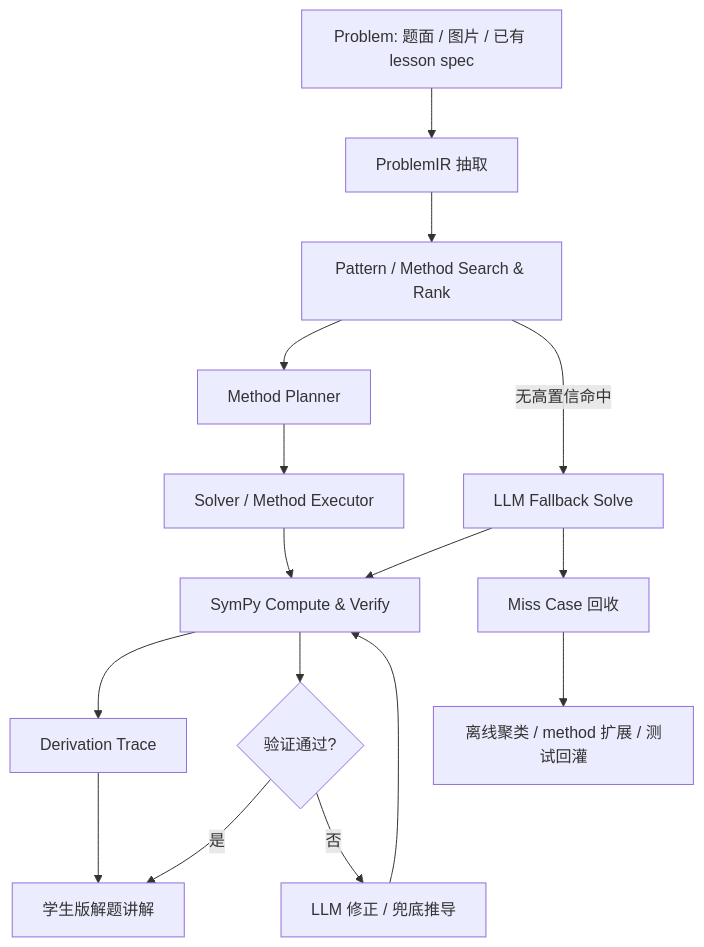
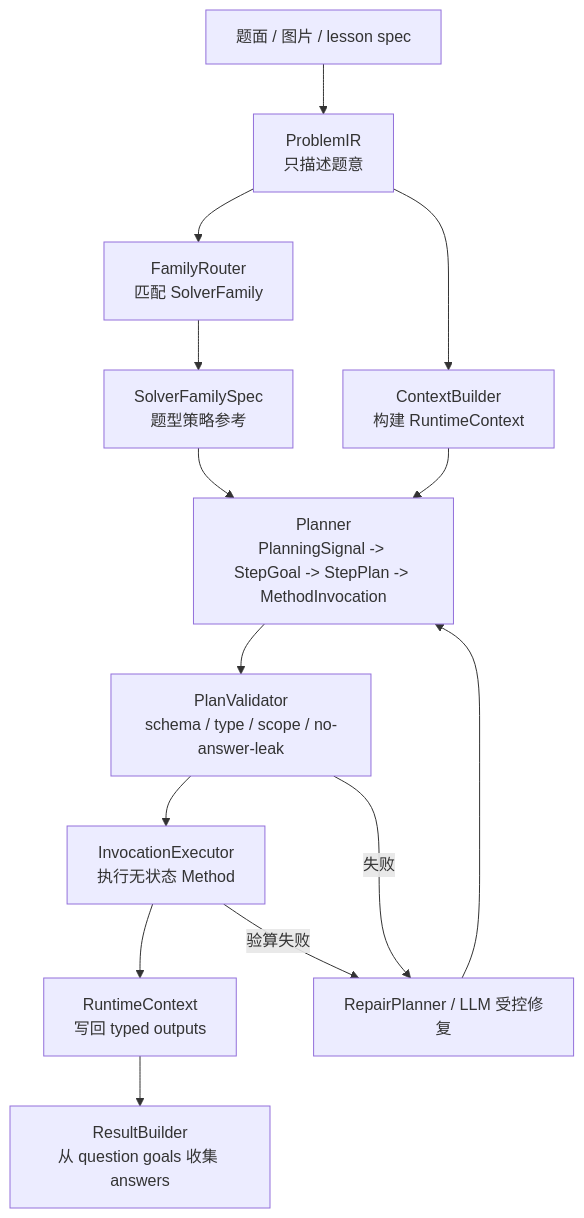
The diagram in docs/method-solver-architecture.md (rongchenxu100/shuxueshuo), drawn with Mermaid before and after one commit. The commit also changed other lines of this file and 89 other files, not shown here.

First line of the commit message:
求解器：Method Solver V1.5 运行时与路径最短 family

````diff
--- a/docs/method-solver-architecture.md
+++ b/docs/method-solver-architecture.md
@@ -39,18 +26,16 @@
 ```mermaid
 flowchart TD
-  A["Problem: 题面 / 图片 / 已有 lesson spec"] --> B["ProblemIR 抽取"]
-  B --> C["Pattern / Method Search & Rank"]
-  C --> D["Method Planner"]
-  D --> E["Solver / Method Executor"]
-  E --> F["SymPy Compute & Verify"]
-  F --> G["Derivation Trace"]
-  G --> H["学生版解题讲解"]
-  F --> I{"验证通过?"}
-  I -- "是" --> H
-  I -- "否" --> J["LLM 修正 / 兜底推导"]
-  J --> F
-  C -- "无高置信命中" --> K["LLM Fallback Solve"]
+  A["题面 / 图片 / lesson spec"] --> B["ProblemIR<br/>只描述题意"]
+  B --> C["FamilyRouter<br/>匹配 SolverFamily"]
+  C --> D["SolverFamilySpec<br/>题型策略参考"]
+  B --> E["ContextBuilder<br/>构建 RuntimeContext"]
+  D --> F["Planner<br/>PlanningSignal -> StepGoal -> StepPlan -> MethodInvocation"]
+  E --> F
+  F --> G["PlanValidator<br/>schema / type / scope / no-answer-leak"]
+  G --> H["InvocationExecutor<br/>执行无状态 Method"]
+  H --> I["RuntimeContext<br/>写回 typed outputs"]
+  I --> J["ResultBuilder<br/>从 question goals 收集 answers"]
+  G -- "失败" --> K["RepairPlanner / LLM 受控修复"]
+  H -- "验算失败" --> K
   K --> F
-  K --> L["Miss Case 回收"]
-  L --> M["离线聚类 / method 扩展 / 测试回灌"]
 ```
````
